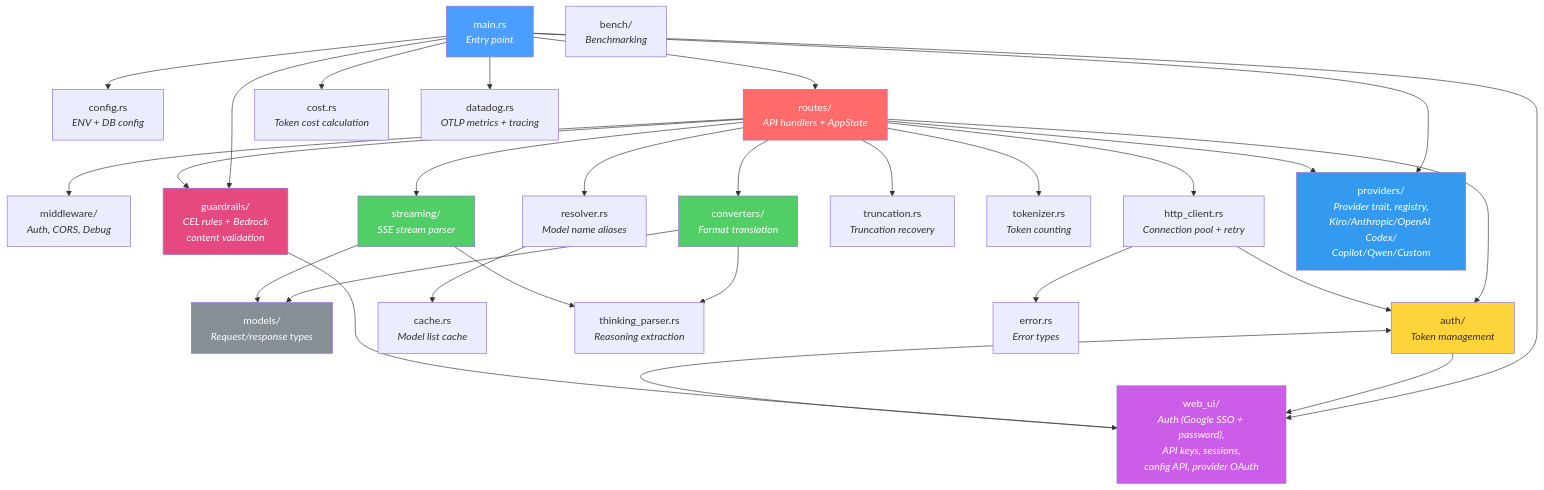
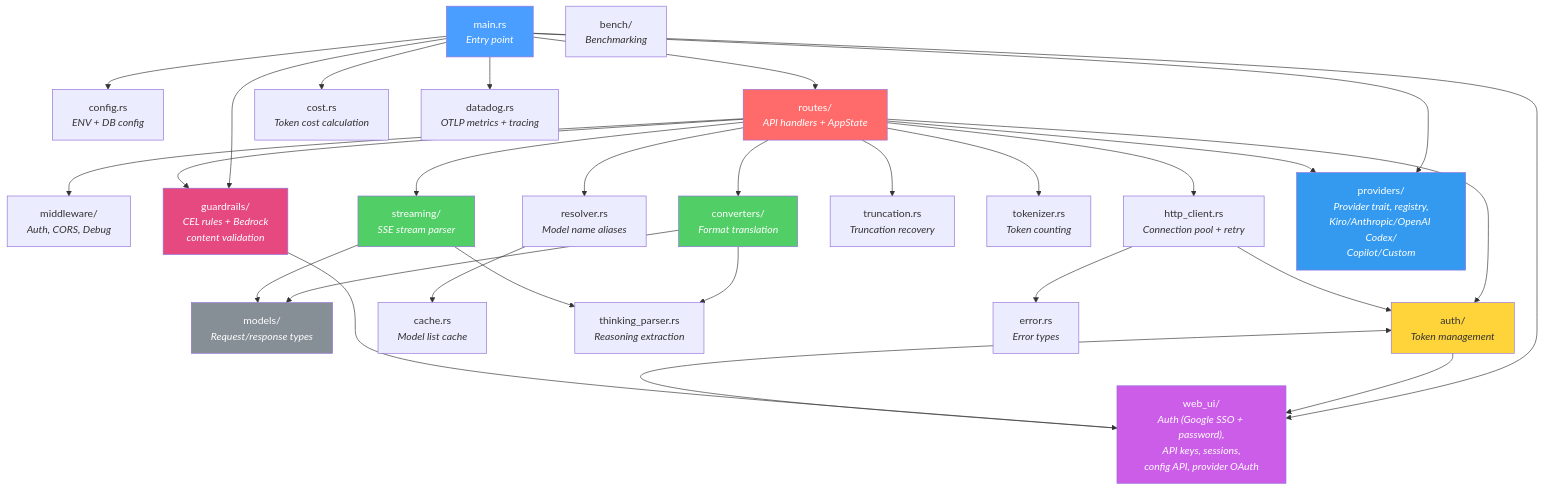
The diagram in gh-pages/docs/modules.md (wongtsejian/rkgw), drawn with Mermaid before and after one commit. The commit also changed other lines of this file and 63 other files, not shown here.

First line of the commit message:
refactor: remove qwen coder provider completely (#172)

````diff
--- a/gh-pages/docs/modules.md
+++ b/gh-pages/docs/modules.md
@@ -24,70 +24,70 @@
 ```mermaid
 graph TD
     main["main.rs<br/><i>Entry point</i>"]
     config["config.rs<br/><i>ENV + DB config</i>"]
     routes["routes/<br/><i>API handlers + AppState</i>"]
     middleware["middleware/<br/><i>Auth, CORS, Debug</i>"]
     converters["converters/<br/><i>Format translation</i>"]
     models["models/<br/><i>Request/response types</i>"]
     auth["auth/<br/><i>Token management</i>"]
     streaming["streaming/<br/><i>SSE stream parser</i>"]
     http_client["http_client.rs<br/><i>Connection pool + retry</i>"]
     resolver["resolver.rs<br/><i>Model name aliases</i>"]
     cache["cache.rs<br/><i>Model list cache</i>"]
     web_ui["web_ui/<br/><i>Auth (Google SSO + password),<br/>API keys, sessions,<br/>config API, provider OAuth</i>"]
     truncation["truncation.rs<br/><i>Truncation recovery</i>"]
     thinking["thinking_parser.rs<br/><i>Reasoning extraction</i>"]
     tokenizer["tokenizer.rs<br/><i>Token counting</i>"]
     error["error.rs<br/><i>Error types</i>"]
     bench["bench/<br/><i>Benchmarking</i>"]
     guardrails["guardrails/<br/><i>CEL rules + Bedrock<br/>content validation</i>"]
-    providers["providers/<br/><i>Provider trait, registry,<br/>Kiro/Anthropic/OpenAI Codex/<br/>Copilot/Qwen/Custom</i>"]
+    providers["providers/<br/><i>Provider trait, registry,<br/>Kiro/Anthropic/OpenAI Codex/<br/>Copilot/Custom</i>"]
     cost["cost.rs<br/><i>Token cost calculation</i>"]
     datadog["datadog.rs<br/><i>OTLP metrics + tracing</i>"]
 
     main --> config
     main --> routes
     main --> web_ui
     main --> guardrails
     main --> providers
     main --> cost
     main --> datadog
 
     routes --> middleware
     routes --> converters
     routes --> auth
     routes --> http_client
     routes --> streaming
     routes --> resolver
     routes --> truncation
     routes --> tokenizer
     routes --> guardrails
     routes --> providers
 
     converters --> models
     converters --> thinking
 
     streaming --> models
     streaming --> thinking
 
     auth --> web_ui
 
     resolver --> cache
 
     web_ui --> auth
 
     http_client --> auth
     http_client --> error
 
     guardrails --> web_ui
 
     style main fill:#4a9eff,color:#fff
     style routes fill:#ff6b6b,color:#fff
     style converters fill:#51cf66,color:#fff
     style streaming fill:#51cf66,color:#fff
     style auth fill:#ffd43b,color:#333
     style web_ui fill:#cc5de8,color:#fff
     style models fill:#868e96,color:#fff
     style guardrails fill:#e64980,color:#fff
     style providers fill:#339af0,color:#fff
 ```
````
